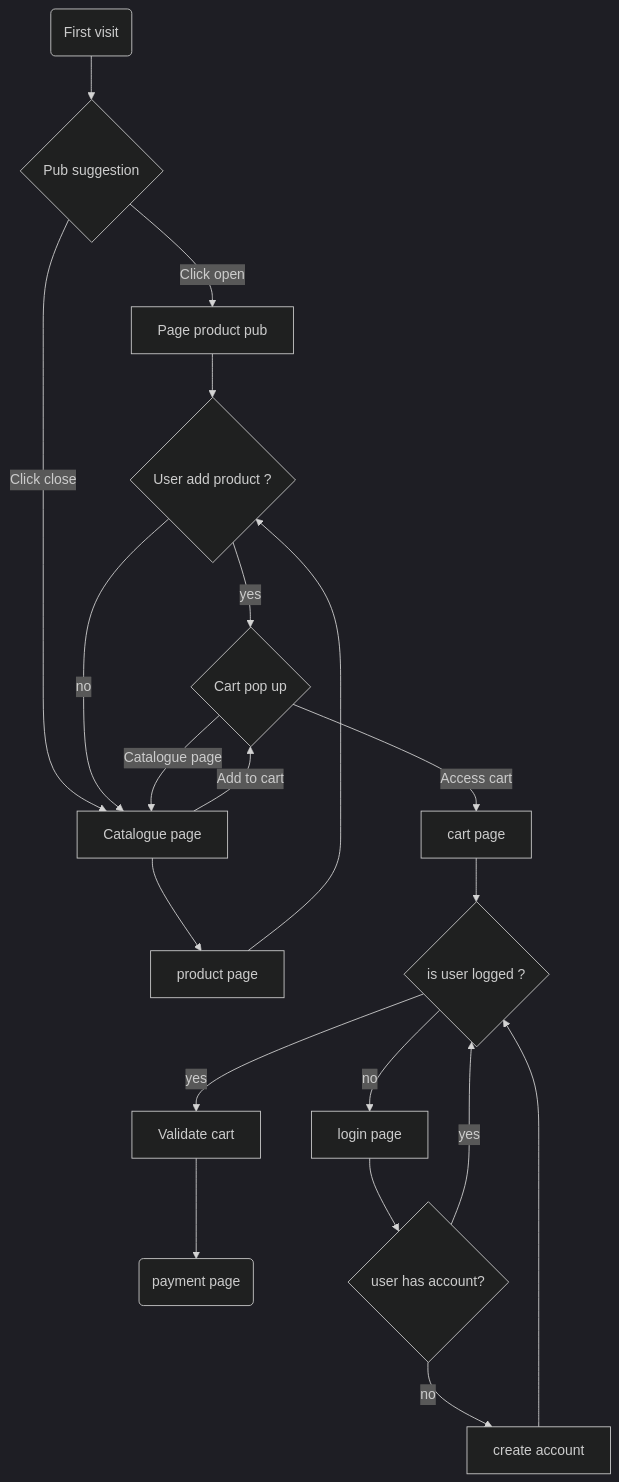
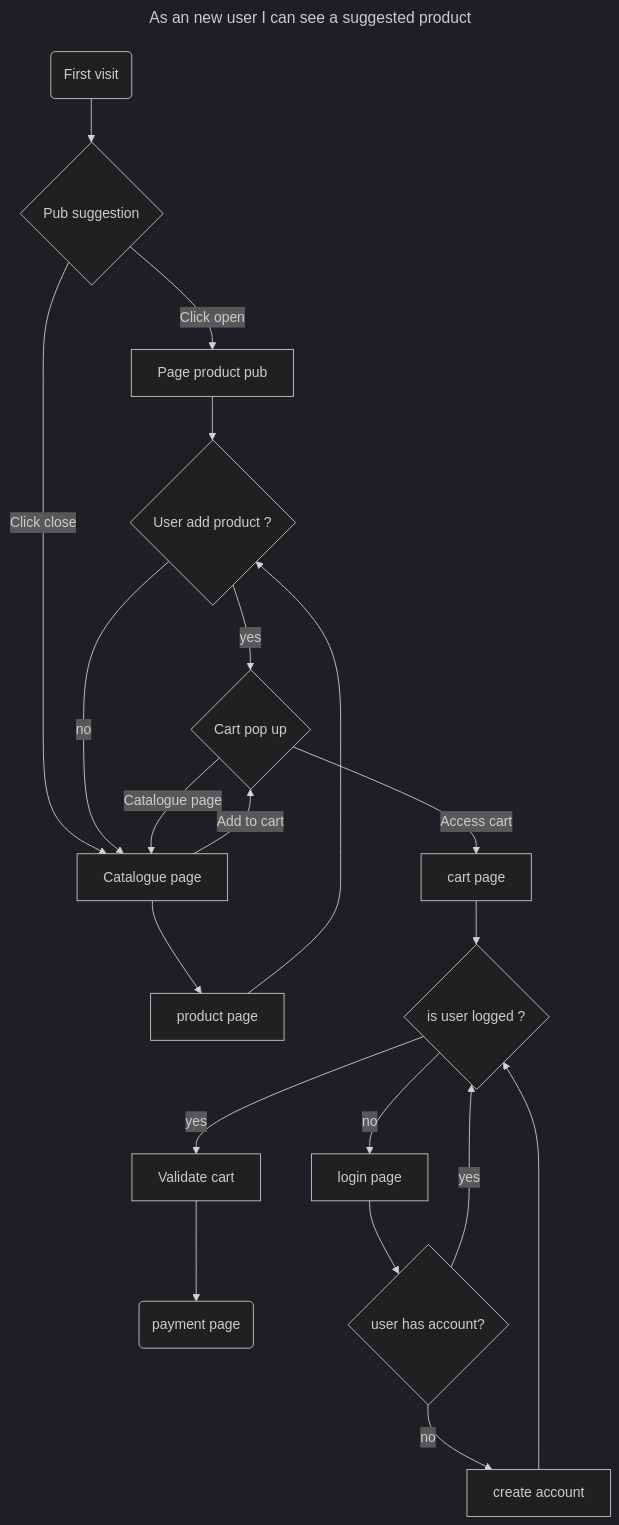
One commit to charlyol/ECommerce-SCHA changed the fifth of 8 diagrams in doc/featuresDiagrams.md. Above: the diagram before and after it, drawn with Mermaid (dark theme). The commit also changed other lines of this file, not shown here.

Commit message:
features Diagrams fixed

````diff
--- a/doc/featuresDiagrams.md
+++ b/doc/featuresDiagrams.md
@@ -83,39 +91,42 @@
 ```mermaid
+---
+title : As an new user I can see a suggested product
+---
 flowchart TB
 
 FV(First visit)
 PS{Pub suggestion}
 PPP[Page product pub]
 LOG[login page]
 CP[Catalogue page]
 PRO[product page]
 CAT[cart page]
 CPU{Cart pop up}
 VAL[Validate cart]
 PAY(payment page)
 TESTLOG{is user logged ?}
 TESTACCOUNT{user has account?}
 TESTADD{User add product ?}
 SIGNIN[create account]
 	
 	PRO-->TESTADD
 	CAT-->TESTLOG
 	TESTLOG -- no --> LOG
 	LOG --> TESTACCOUNT
 	TESTACCOUNT -- yes --> TESTLOG
 	TESTACCOUNT -- no --> SIGNIN
 	SIGNIN --> TESTLOG
 	TESTLOG -- yes --> VAL
 	VAL --> PAY
 	FV --> PS
 	PS -- Click open --> PPP
 	PS -- Click close --> CP
 	CP --> PRO
 	PPP --> TESTADD
 	TESTADD -- yes --> CPU
 	TESTADD -- no --> CP
 	CPU -- Access cart --> CAT
 	CPU -- Catalogue page --> CP
 	CP -- Add to cart --> CPU
 	
 ```
````
